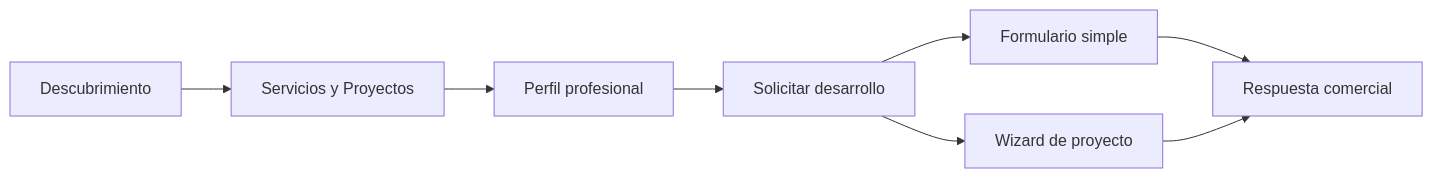
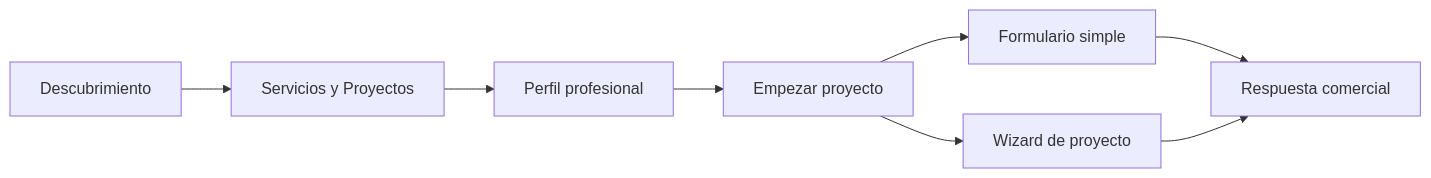
One commit to cristian-bravo/cristian-bravo-web changed the diagram in README.md. Above: the diagram before and after it, drawn with Mermaid. The commit also changed other lines of this file and 44 other files, not shown here.

Commit message:
feat: rebuild request flows with server email delivery

````diff
--- a/README.md
+++ b/README.md
@@ -83,10 +85,10 @@
 ```mermaid
 flowchart LR
   A[Descubrimiento] --> B[Servicios y Proyectos]
   B --> C[Perfil profesional]
-  C --> D[Solicitar desarrollo]
+  C --> D[Empezar proyecto]
   D --> E[Formulario simple]
   D --> F[Wizard de proyecto]
   E --> G[Respuesta comercial]
   F --> G
 ```
````
